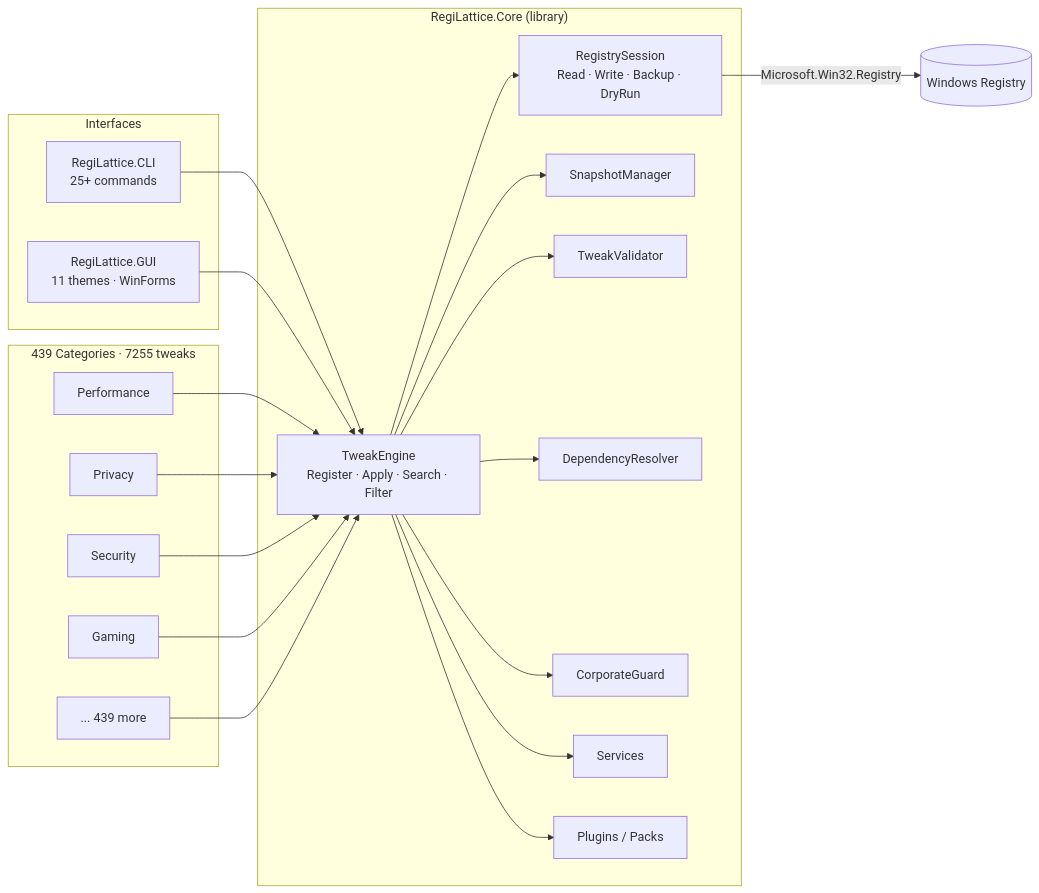
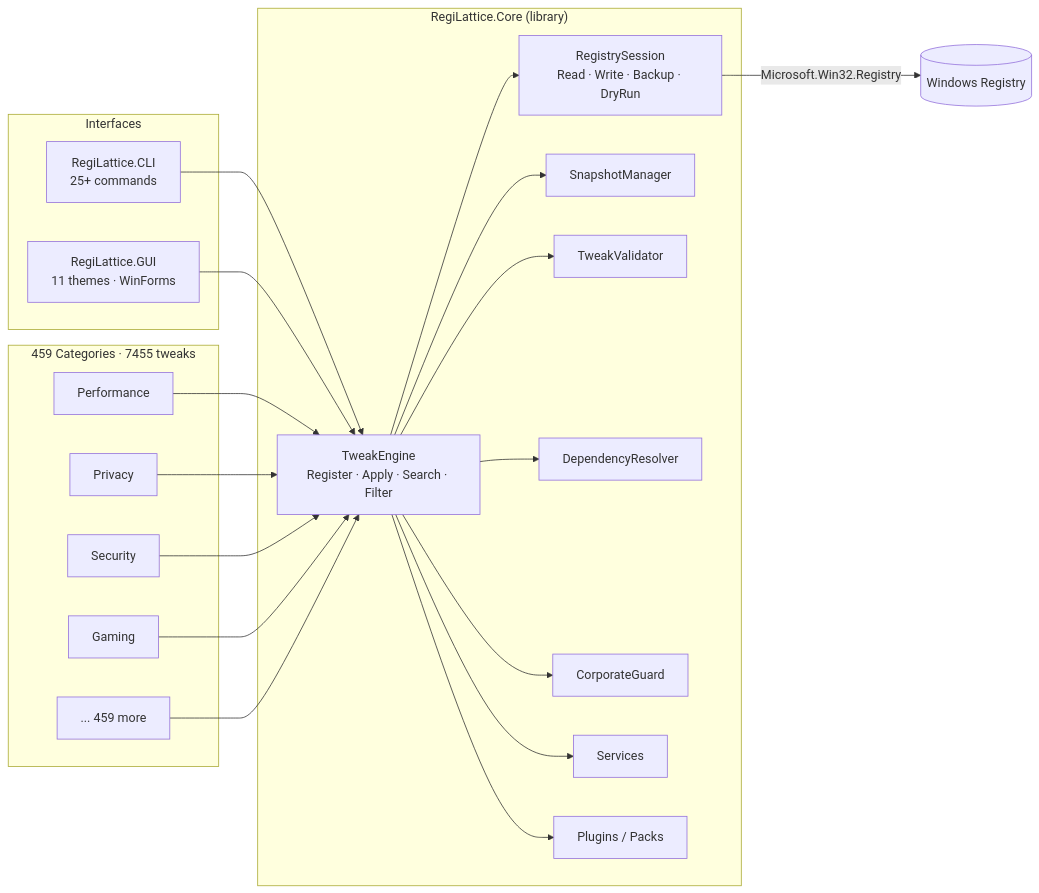
Before and after one commit to RajwanYair/RegiLattice: the first of 2 diagrams in README.md, drawn with Mermaid. The commit also changed other lines of this file and 11 other files, not shown here.

````diff
--- a/README.md
+++ b/README.md
@@ -88,38 +88,38 @@
 ```mermaid
 graph LR
     subgraph Interfaces
         CLI[RegiLattice.CLI<br/>25+ commands]
         GUI[RegiLattice.GUI<br/>11 themes · WinForms]
     end
 
     subgraph Core["RegiLattice.Core (library)"]
         TE[TweakEngine<br/>Register · Apply · Search · Filter]
         RS[RegistrySession<br/>Read · Write · Backup · DryRun]
         SM[SnapshotManager]
         TV[TweakValidator]
         DR[DependencyResolver]
         CG[CorporateGuard]
         SV[Services]
         PM[Plugins / Packs]
     end
 
-    subgraph Tweaks["439 Categories · 7255 tweaks"]
+    subgraph Tweaks["459 Categories · 7455 tweaks"]
         T1[Performance]
         T2[Privacy]
         T3[Security]
         T4[Gaming]
-        TN[... 439 more]
+        TN[... 459 more]
     end
 
     CLI --> TE
     GUI --> TE
     TE --> RS
     TE --> SM
     TE --> TV
     TE --> DR
     TE --> CG
     TE --> SV
     TE --> PM
     T1 & T2 & T3 & T4 & TN --> TE
     RS -->|Microsoft.Win32.Registry| WR[(Windows Registry)]
 ```
````
